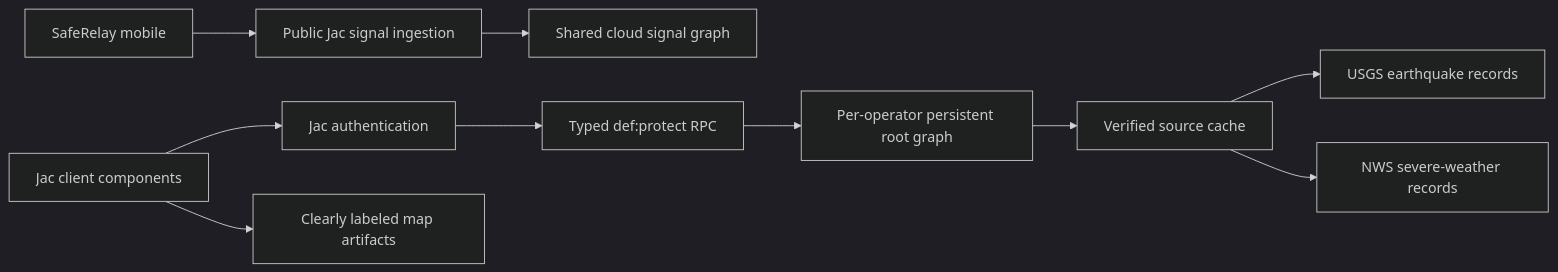
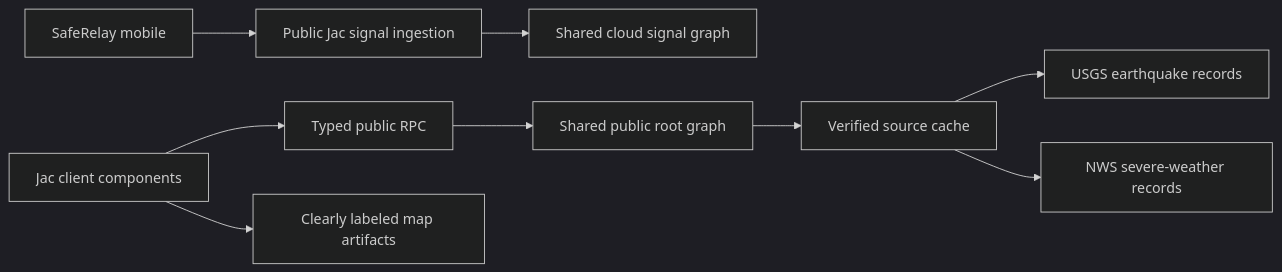
Before and after one commit to rishabhcli/SafeRelay-web: the diagram in README.md, drawn with Mermaid (dark theme). The commit also changed other lines of this file and 11 other files, not shown here.

````diff
--- a/README.md
+++ b/README.md
@@ -74,12 +71,11 @@
 ```mermaid
 flowchart LR
-    UI["Jac client components"] --> AUTH["Jac authentication"]
+    UI["Jac client components"] --> RPC["Typed public RPC"]
     MOBILE["SafeRelay mobile"] --> RELAY["Public Jac signal ingestion"]
     RELAY --> SHARED["Shared cloud signal graph"]
-    AUTH --> RPC["Typed def:protect RPC"]
-    RPC --> ROOT["Per-operator persistent root graph"]
+    RPC --> ROOT["Shared public root graph"]
     ROOT --> CACHE["Verified source cache"]
     CACHE --> USGS["USGS earthquake records"]
     CACHE --> NWS["NWS severe-weather records"]
     UI --> MAP["Clearly labeled map artifacts"]
 ```
````
